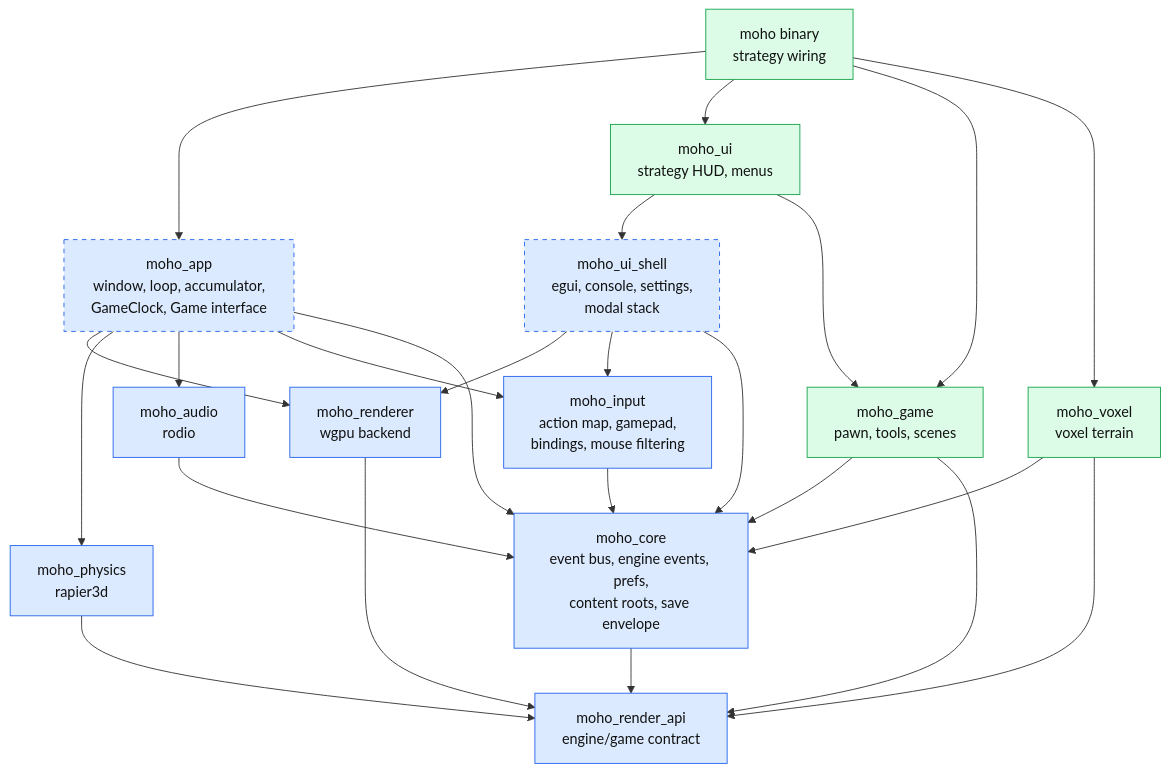
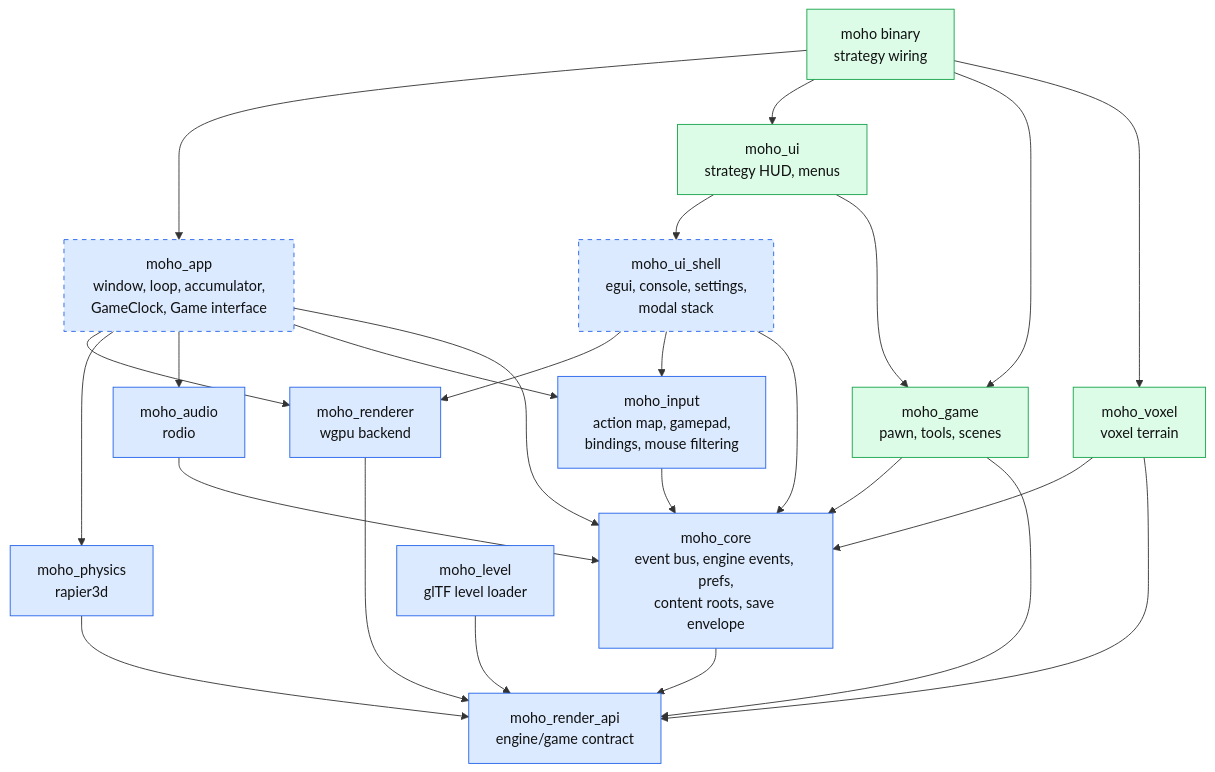
The second of 3 diagrams in wiki/architecture/overview.md (WrackedFella/moho), drawn with Mermaid before and after one commit. The commit also changed other lines of this file and 13 other files, not shown here.

````diff
--- a/wiki/architecture/overview.md
+++ b/wiki/architecture/overview.md
@@ -68,33 +70,35 @@
 ```mermaid
 flowchart TD
     sbin["moho binary<br/>strategy wiring"]:::strategy
     ui["moho_ui<br/>strategy HUD, menus"]:::strategy
     game["moho_game<br/>pawn, tools, scenes"]:::strategy
     voxel["moho_voxel<br/>voxel terrain"]:::strategy
 
     app["moho_app<br/>window, loop, accumulator,<br/>GameClock, Game interface"]:::engineNew
     shell["moho_ui_shell<br/>egui, console, settings,<br/>modal stack"]:::engineNew
     input["moho_input<br/>action map, gamepad,<br/>bindings, mouse filtering"]:::engine
     renderer["moho_renderer<br/>wgpu backend"]:::engine
     physics["moho_physics<br/>rapier3d"]:::engine
     audio["moho_audio<br/>rodio"]:::engine
     core["moho_core<br/>event bus, engine events, prefs,<br/>content roots, save envelope"]:::engine
     rapi["moho_render_api<br/>engine/game contract"]:::engine
+    level["moho_level<br/>glTF level loader"]:::engine
 
     sbin --> app & ui & game & voxel
     ui --> shell & game
     game --> core & rapi
     voxel --> core & rapi
     app --> renderer & physics & audio & input & core
     shell --> renderer & input & core
     input --> core
     renderer --> rapi
     physics --> rapi
     audio --> core
     core --> rapi
+    level --> rapi
 
     classDef engine fill:#dbeafe,stroke:#2563eb,color:#111
     classDef engineNew fill:#dbeafe,stroke:#2563eb,stroke-dasharray:5 5,color:#111
     classDef strategy fill:#dcfce7,stroke:#16a34a,color:#111
     classDef strategyNew fill:#dcfce7,stroke:#16a34a,stroke-dasharray:5 5,color:#111
 ```
````
